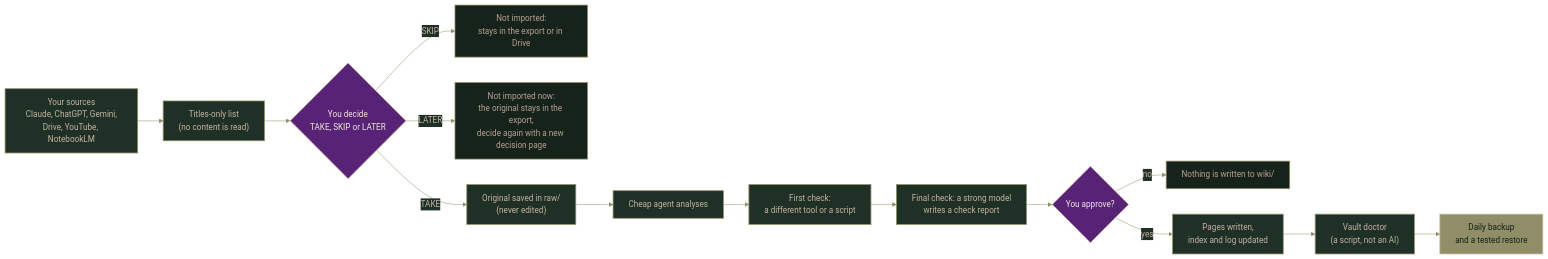
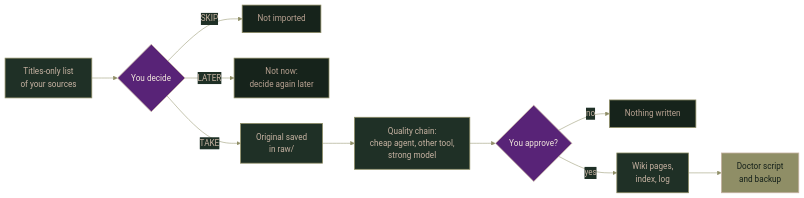
One commit to jenny-gecglr/second-brain-from-scratch changed the diagram in README.md. Above: the diagram before and after it, drawn with Mermaid.

Commit message:
README diagram: fewer, shorter boxes so the text stays readable

````diff
--- a/README.md
+++ b/README.md
@@ -42,25 +42,21 @@
 ```mermaid
 %%{init: {"theme":"base","themeVariables":{"fontFamily":"Georgia, serif","primaryColor":"#1F3026","primaryTextColor":"#C7B3A3","primaryBorderColor":"#8F8E66","lineColor":"#8F8E66","tertiaryTextColor":"#C7B3A3","edgeLabelBackground":"#1F3026"}}}%%
 flowchart LR
-    A["Your sources<br/>Claude, ChatGPT, Gemini,<br/>Drive, YouTube, NotebookLM"] --> B["Titles-only list<br/>(no content is read)"]
-    B --> C{"You decide<br/>TAKE, SKIP or LATER"}
-    C -- SKIP --> S["Not imported:<br/>stays in the export or in Drive"]
-    C -- LATER --> LT["Not imported now:<br/>the original stays in the export,<br/>decide again with a new decision page"]
-    C -- TAKE --> D["Original saved in raw/<br/>(never edited)"]
-    D --> E["Cheap agent analyses"]
-    E --> F["First check:<br/>a different tool or a script"]
-    F --> G["Final check: a strong model<br/>writes a check report"]
-    G --> H{"You approve?"}
-    H -- no --> I["Nothing is written to wiki/"]
-    H -- yes --> J["Pages written,<br/>index and log updated"]
-    J --> K["Vault doctor<br/>(a script, not an AI)"]
-    K --> L["Daily backup<br/>and a tested restore"]
+    A["Titles-only list<br/>of your sources"] --> C{"You decide"}
+    C -- SKIP --> S["Not imported"]
+    C -- LATER --> LT["Not now:<br/>decide again later"]
+    C -- TAKE --> D["Original saved<br/>in raw/"]
+    D --> E["Quality chain:<br/>cheap agent, other tool,<br/>strong model"]
+    E --> H{"You approve?"}
+    H -- no --> I["Nothing written"]
+    H -- yes --> J["Wiki pages,<br/>index, log"]
+    J --> K["Doctor script<br/>and backup"]
     classDef cBase fill:#1F3026,stroke:#8F8E66,color:#C7B3A3,stroke-width:1.5px
     classDef cAsk fill:#582377,stroke:#C7B3A3,color:#F2E8DD,stroke-width:1.5px
     classDef cDone fill:#8F8E66,stroke:#C7B3A3,color:#14201A,stroke-width:1.5px
     classDef cStop fill:#16231B,stroke:#8F8E66,color:#B8A292,stroke-width:1.5px
-    class A,B,D,E,F,G,J,K cBase
+    class A,D,E,J cBase
     class C,H cAsk
-    class L cDone
+    class K cDone
     class S,I,LT cStop
 ```
````
